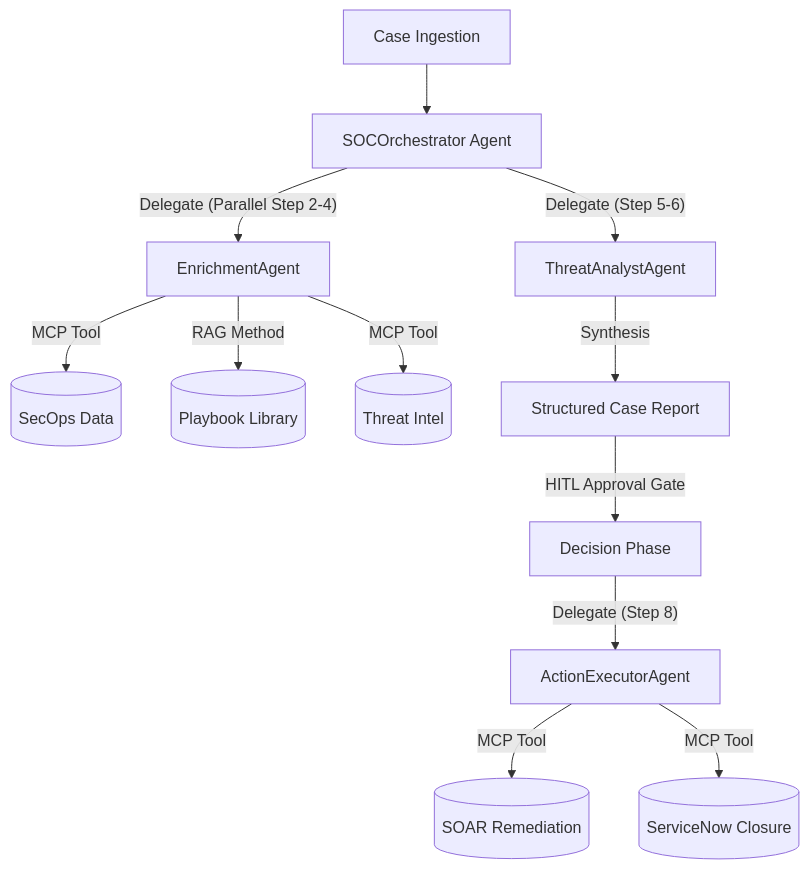
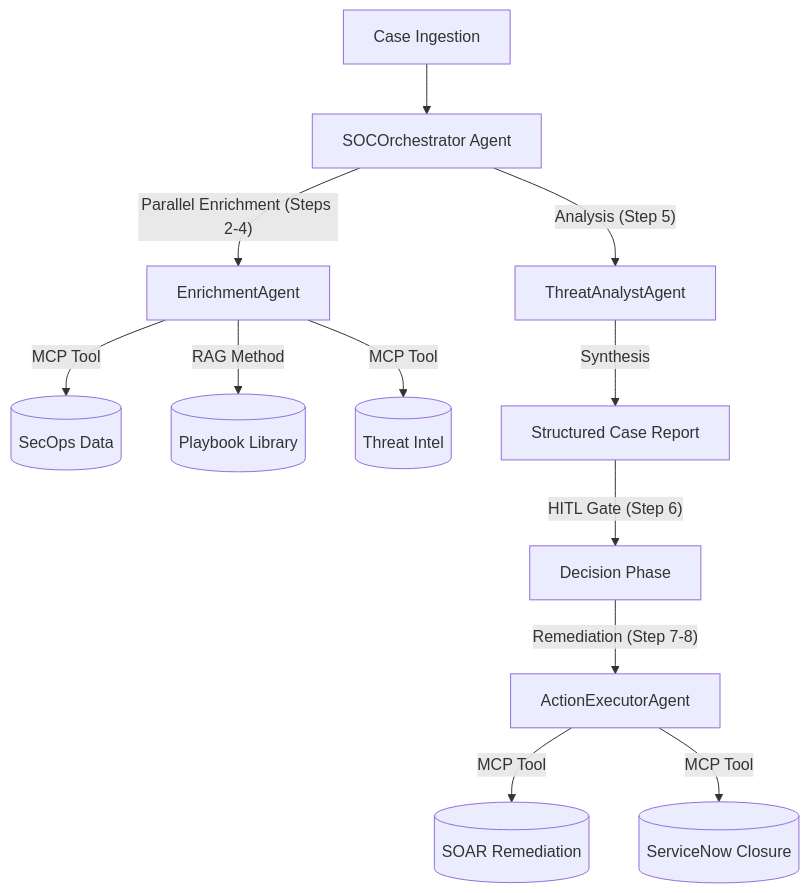
One commit to tkrakesh/agentic-secops changed the diagram in EXECUTIVE_PRESENTATION.md. Above: the diagram before and after it, drawn with Mermaid. The commit also changed other lines of this file and 10 other files, not shown here.

Commit message:
Executive Polishing: 8-step pipeline, >90% auto-remediation policy, FP detection, and SNOW reporting fixes

````diff
--- a/EXECUTIVE_PRESENTATION.md
+++ b/EXECUTIVE_PRESENTATION.md
@@ -9,14 +9,14 @@
 ```mermaid
 graph TD
     A[Case Ingestion] --> B[SOCOrchestrator Agent]
-    B -- "Delegate (Parallel Step 2-4)" --> C[EnrichmentAgent]
+    B -- "Parallel Enrichment (Steps 2-4)" --> C[EnrichmentAgent]
     C -- "MCP Tool" --> D[(SecOps Data)]
     C -- "RAG Method" --> E[(Playbook Library)]
     C -- "MCP Tool" --> F[(Threat Intel)]
-    B -- "Delegate (Step 5-6)" --> G[ThreatAnalystAgent]
+    B -- "Analysis (Step 5)" --> G[ThreatAnalystAgent]
     G -- "Synthesis" --> H[Structured Case Report]
-    H -- "HITL Approval Gate" --> I[Decision Phase]
-    I -- "Delegate (Step 8)" --> J[ActionExecutorAgent]
+    H -- "HITL Gate (Step 6)" --> I[Decision Phase]
+    I -- "Remediation (Step 7-8)" --> J[ActionExecutorAgent]
     J -- "MCP Tool" --> K[(SOAR Remediation)]
     J -- "MCP Tool" --> L[(ServiceNow Closure)]
 ```
````
